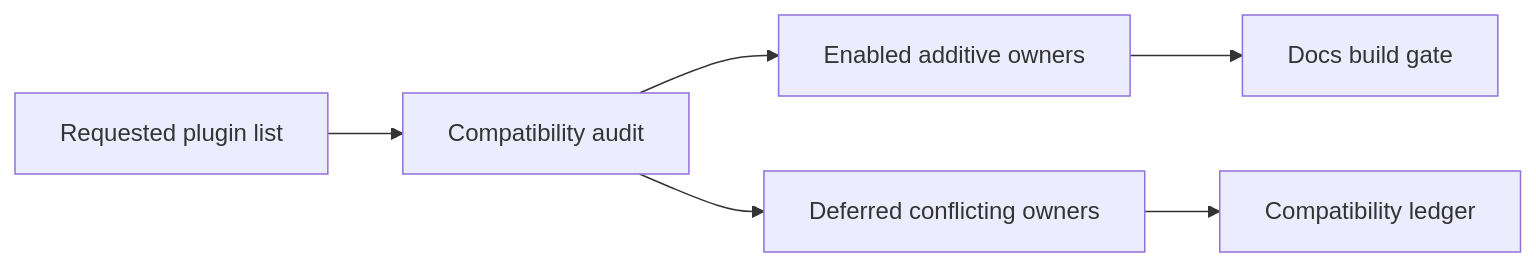
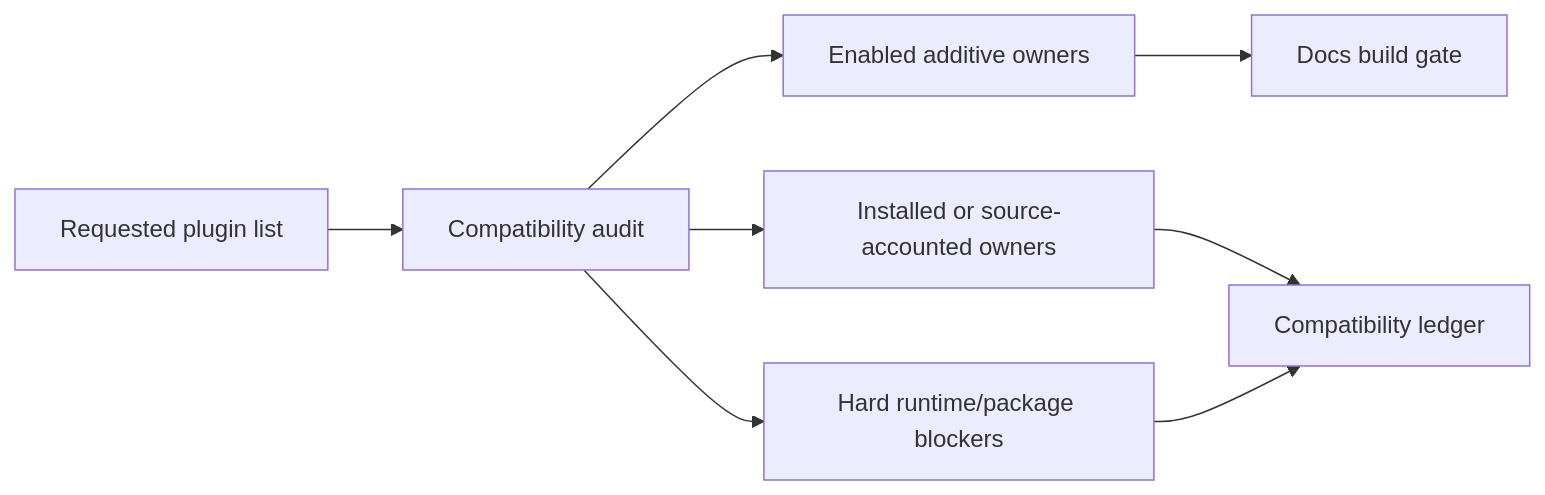
Before and after one commit to wyattowalsh/agents: the diagram in docs/src/content/docs/harness-config/starlight-plugin-stack.mdx, drawn with Mermaid. The commit also changed other lines of this file and 29 other files, not shown here.

````diff
--- a/docs/src/content/docs/harness-config/starlight-plugin-stack.mdx
+++ b/docs/src/content/docs/harness-config/starlight-plugin-stack.mdx
@@ -45,8 +45,10 @@
 ```mermaid
 flowchart LR
   request[Requested plugin list] --> audit[Compatibility audit]
   audit --> enabled[Enabled additive owners]
-  audit --> deferred[Deferred conflicting owners]
+  audit --> accounted[Installed or source-accounted owners]
+  audit --> blocked[Hard runtime/package blockers]
   enabled --> build[Docs build gate]
-  deferred --> ledger[Compatibility ledger]
+  accounted --> ledger[Compatibility ledger]
+  blocked --> ledger
 ```
````
